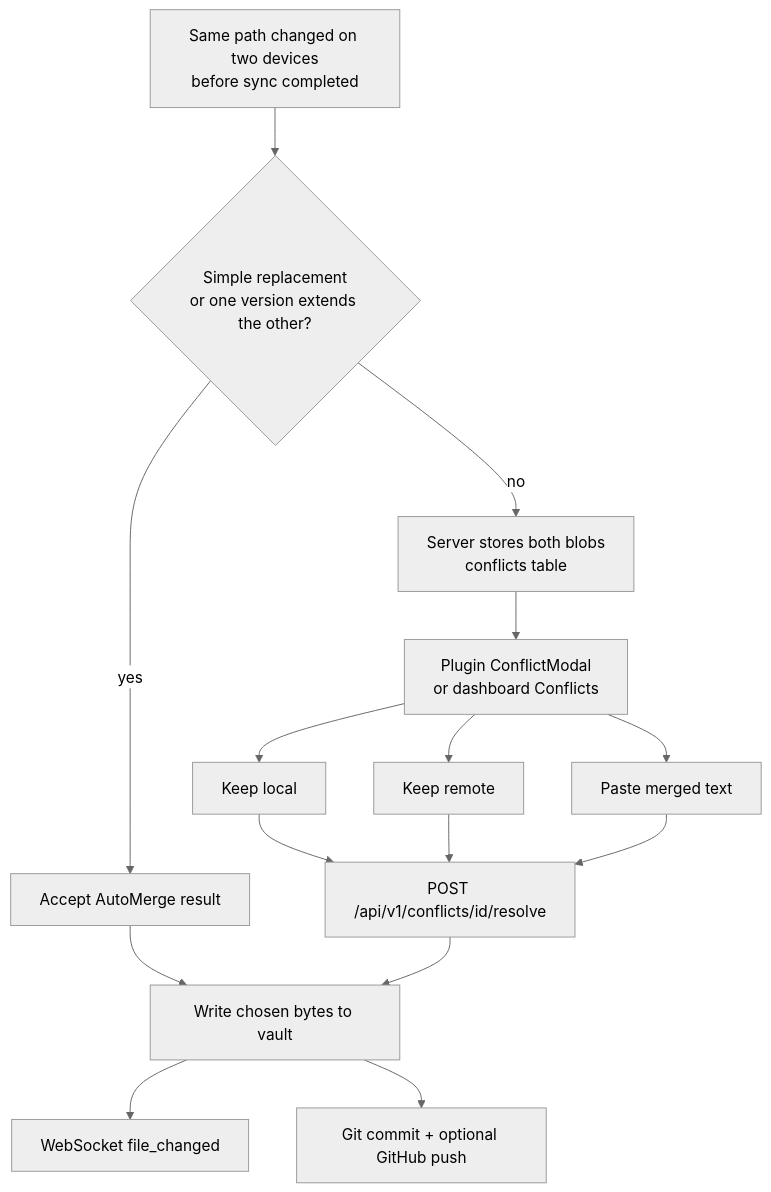
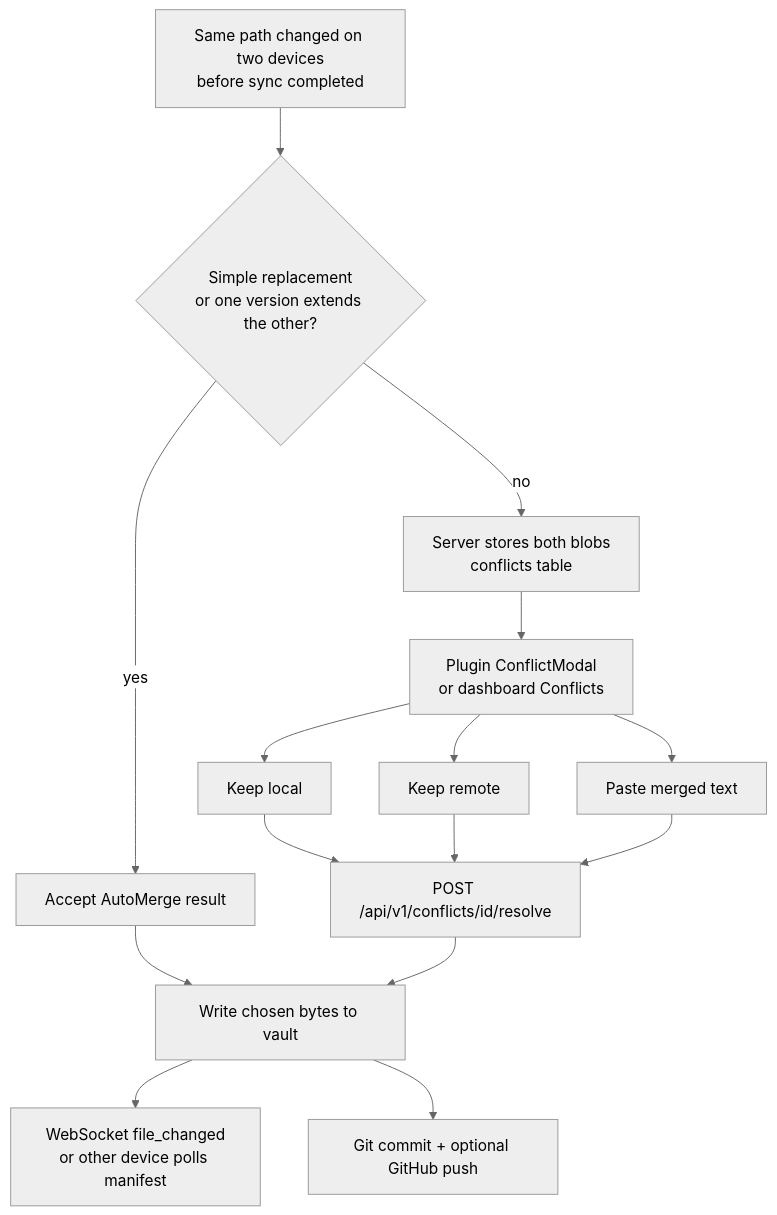
The eighth of 13 diagrams in docs/architecture.md (shangeethsivan/Syncidian), drawn with Mermaid (neutral theme) before and after one commit. The commit also changed other lines of this file and 1 other file, not shown here.

First line of the commit message:
Finish remaining Mermaid charts for mobile live updates

````diff
--- a/docs/architecture.md
+++ b/docs/architecture.md
@@ -291,17 +291,17 @@
 ```mermaid
 flowchart TD
   Detect["Same path changed on two devices<br/>before sync completed"] --> Simple{"Simple replacement<br/>or one version extends the other?"}
   Simple -->|yes| Auto["Accept AutoMerge result"]
   Simple -->|no| StoreC["Server stores both blobs<br/>conflicts table"]
   StoreC --> UI["Plugin ConflictModal<br/>or dashboard Conflicts"]
   UI --> KeepL["Keep local"]
   UI --> KeepR["Keep remote"]
   UI --> Merge["Paste merged text"]
   KeepL --> Resolve["POST /api/v1/conflicts/id/resolve"]
   KeepR --> Resolve
   Merge --> Resolve
   Auto --> Write["Write chosen bytes to vault"]
   Resolve --> Write
-  Write --> Broadcast["WebSocket file_changed"]
+  Write --> Broadcast["WebSocket file_changed<br/>or other device polls manifest"]
   Write --> Commit["Git commit + optional GitHub push"]
 ```
````
